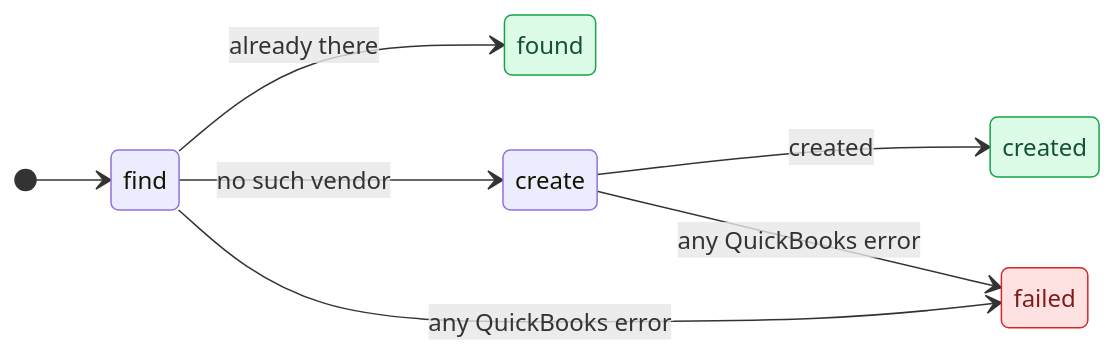
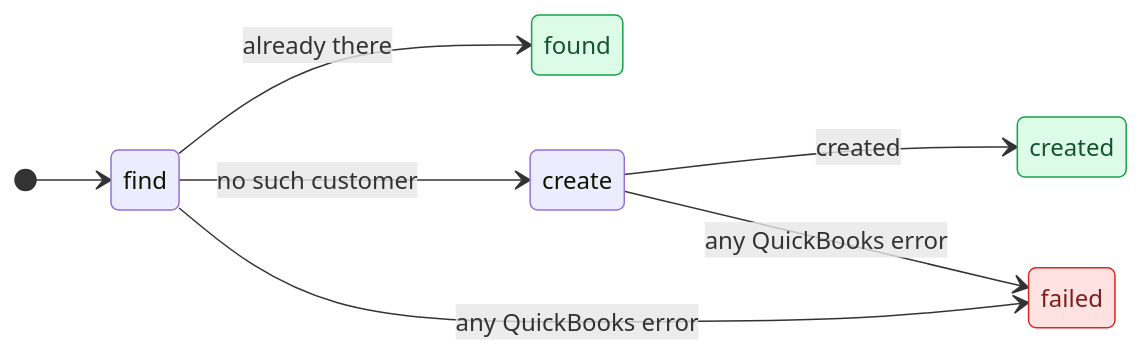
The first of 2 diagrams in workflow-authoring.mdx (qubeintegrations/docs), drawn with Mermaid before and after one commit. The commit also changed other lines of this file and 10 other files, not shown here.

````diff
--- a/workflow-authoring.mdx
+++ b/workflow-authoring.mdx
@@ -60,16 +63,16 @@
 ```mermaid
 stateDiagram-v2
   direction LR
   [*] --> find
   find --> found: already there
-  find --> create: no such vendor
+  find --> create: no such customer
   create --> created: created
   find --> failed: any QuickBooks error
   create --> failed: any QuickBooks error
   classDef ask fill:#fef3c7,stroke:#d97706,color:#78350f
   classDef good fill:#dcfce7,stroke:#16a34a,color:#14532d
   classDef quiet fill:#f1f5f9,stroke:#64748b,color:#1e293b
   classDef bad fill:#fee2e2,stroke:#dc2626,color:#7f1d1d
   class found, created good
   class failed bad
 ```
````
